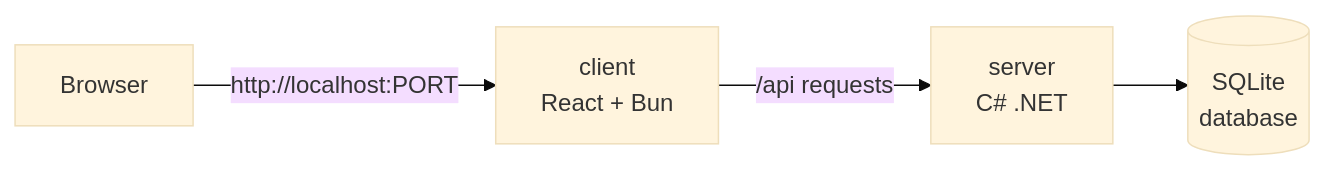
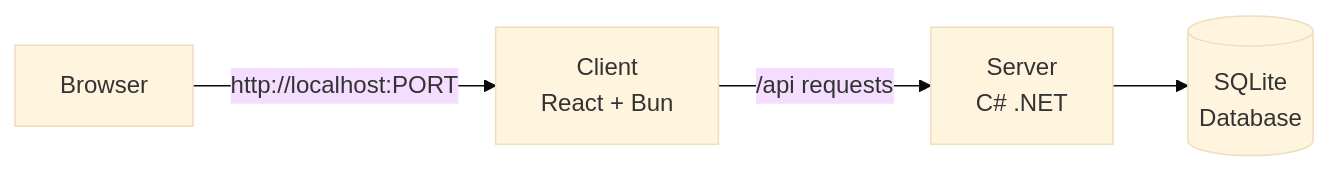
One commit to majlando/cds-login-platform changed the first of 2 diagrams in README.md. Above: the diagram before and after it, drawn with Mermaid (base theme). The commit also changed other lines of this file and 1 other file, not shown here.

````diff
--- a/README.md
+++ b/README.md
@@ -42,6 +29,6 @@
 ```mermaid
 flowchart LR
-    Browser -->|http://localhost:PORT | Client["client<br/>React + Bun"]
-    Client -->|/api requests| Server["server<br/>C# .NET"]
-    Server --> DB[("SQLite<br/>database")]
+    Browser -->|http://localhost:PORT | Client["Client<br/>React + Bun"]
+    Client -->|/api requests| Server["Server<br/>C# .NET"]
+    Server --> DB[("SQLite<br/>Database")]
 ```
````
